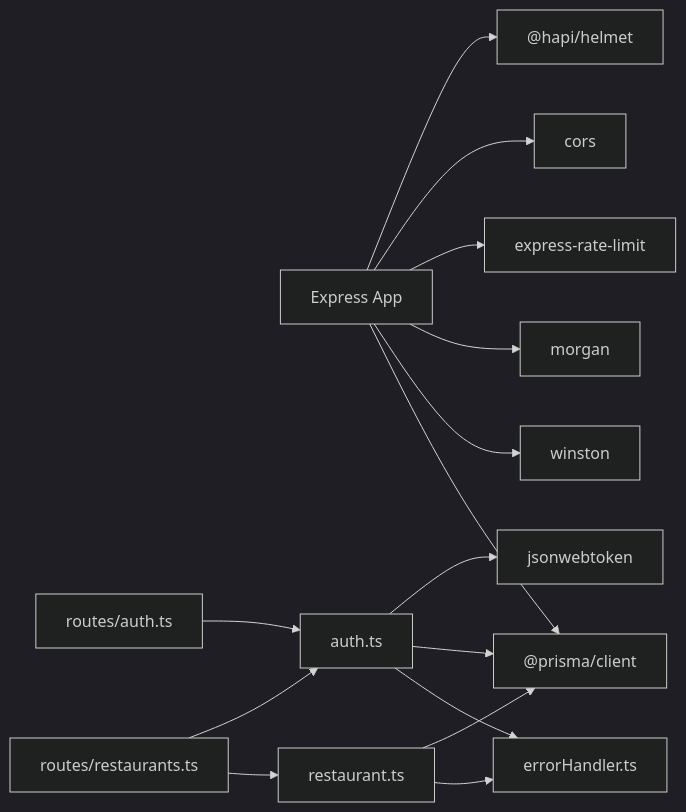
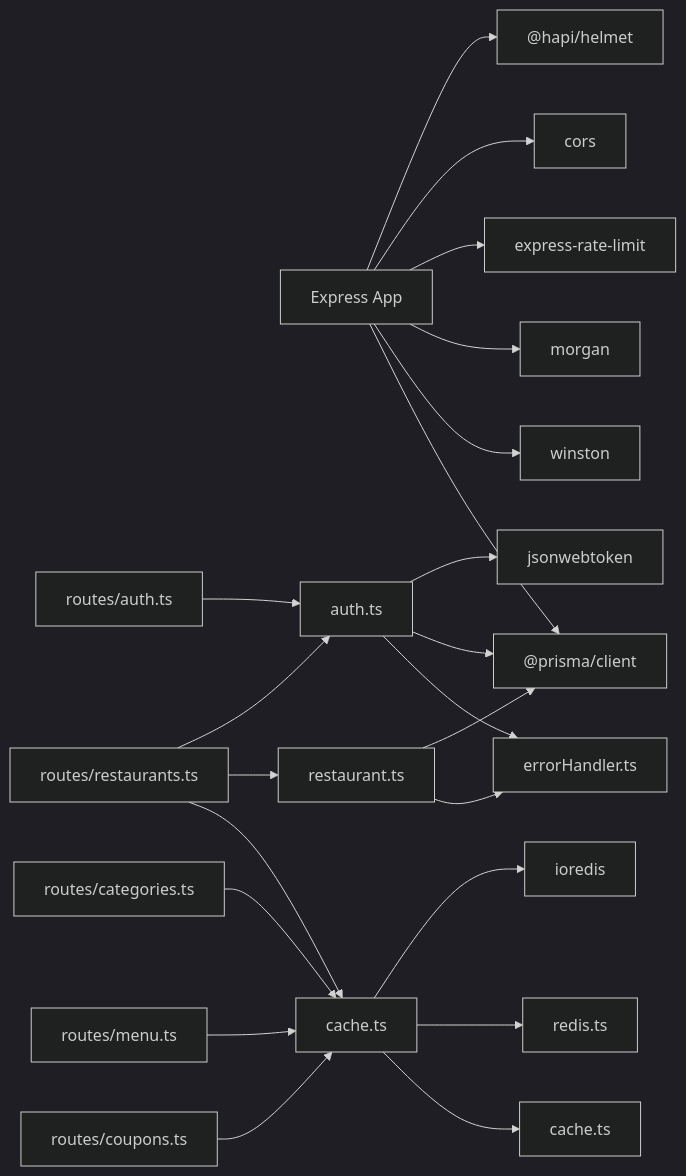
One commit to Dequeue-Tech/DeQ-Bite changed the seventh of 7 diagrams in .qoder/repowiki/en/content/Backend System/Middleware System.md. Above: the diagram before and after it, drawn with Mermaid (dark theme). The commit also changed other lines of this file and 25 other files, not shown here.

````diff
--- a/.qoder/repowiki/en/content/Backend System/Middleware System.md
+++ b/.qoder/repowiki/en/content/Backend System/Middleware System.md
@@ -301,17 +449,24 @@
 ```mermaid
 graph LR
 Express["Express App"] --> Helmet["@hapi/helmet"]
 Express --> Cors["cors"]
 Express --> Limiter["express-rate-limit"]
 Express --> Morgan["morgan"]
 Express --> Winston["winston"]
 Express --> Prisma["@prisma/client"]
 AuthMW["auth.ts"] --> JWT["jsonwebtoken"]
 AuthMW --> Prisma
 AuthMW --> ErrorHandler["errorHandler.ts"]
 RestMW["restaurant.ts"] --> Prisma
 RestMW --> ErrorHandler
+CacheMW["cache.ts"] --> Redis["ioredis"]
+CacheMW --> RedisUtils["redis.ts"]
+CacheMW --> CacheUtils["cache.ts"]
 RoutesAuth["routes/auth.ts"] --> AuthMW
 RoutesRest["routes/restaurants.ts"] --> AuthMW
 RoutesRest --> RestMW
+RoutesRest --> CacheMW
+RoutesCat["routes/categories.ts"] --> CacheMW
+RoutesMenu["routes/menu.ts"] --> CacheMW
+RoutesCoupons["routes/coupons.ts"] --> CacheMW
 ```
````
